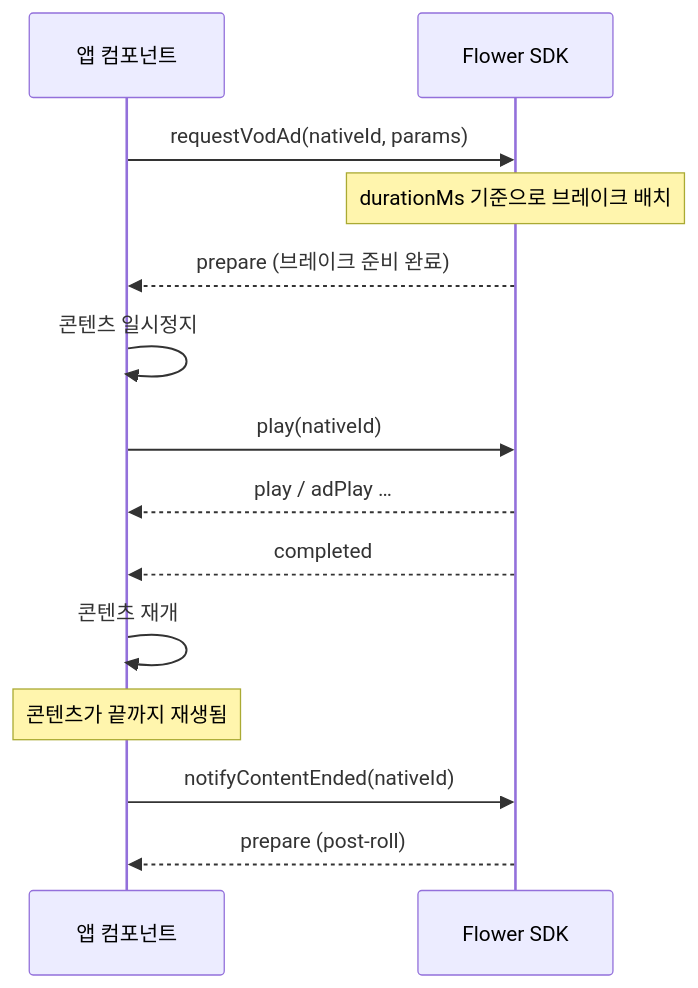
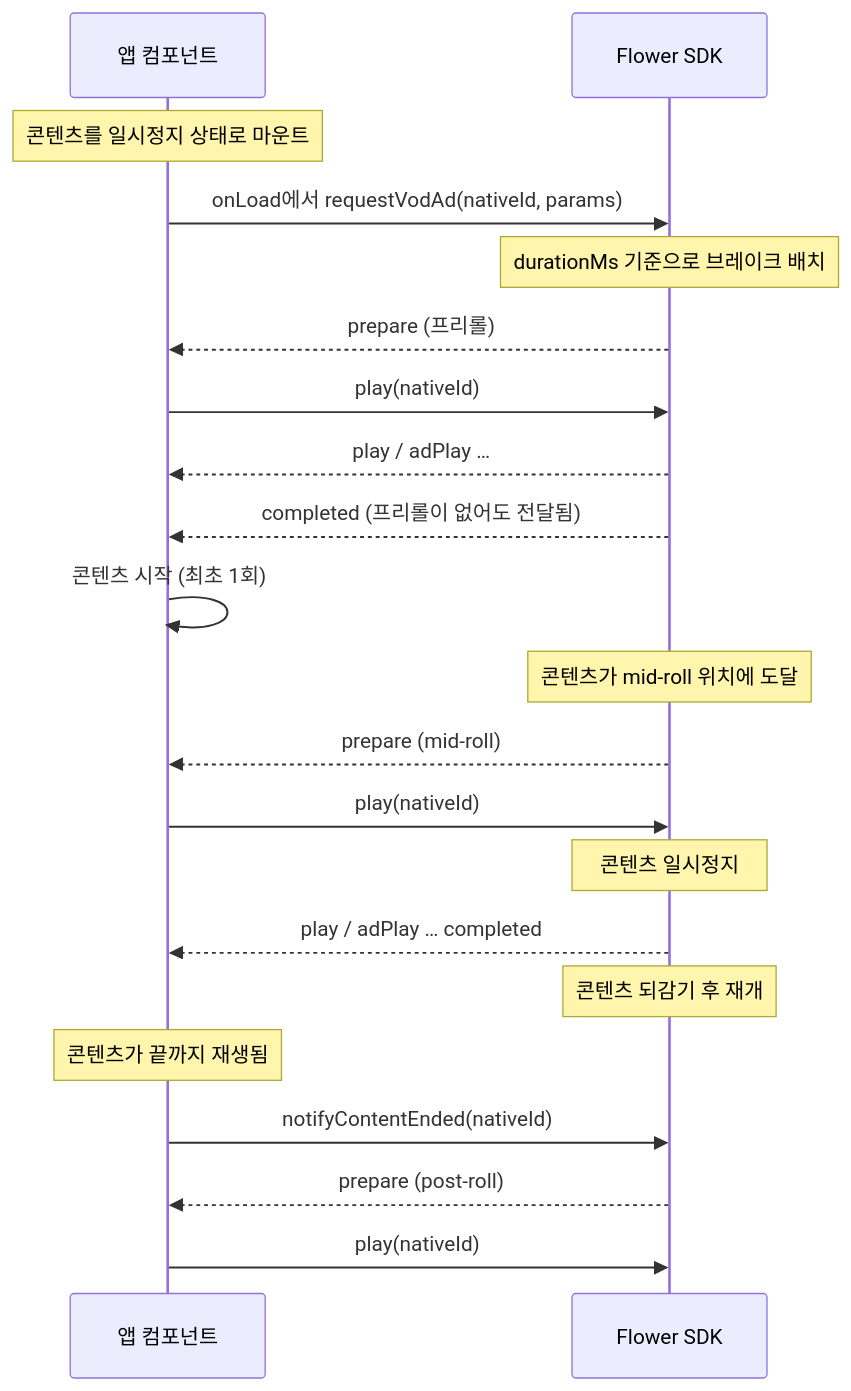
The diagram in i18n/ko/docusaurus-plugin-content-docs/current/react-native/ad-insertion/vod/vod-ad-implementation.md (anypointmedia/flower-integration-guide), drawn with Mermaid before and after one commit. The commit also changed other lines of this file and 230 other files, not shown here.

````diff
--- a/i18n/ko/docusaurus-plugin-content-docs/current/react-native/ad-insertion/vod/vod-ad-implementation.md
+++ b/i18n/ko/docusaurus-plugin-content-docs/current/react-native/ad-insertion/vod/vod-ad-implementation.md
@@ -13,17 +17,24 @@
 ```mermaid
 sequenceDiagram
     participant App as 앱 컴포넌트
     participant SDK as Flower SDK
 
-    App->>SDK: requestVodAd(nativeId, params)
+    Note over App: 콘텐츠를 일시정지 상태로 마운트
+    App->>SDK: onLoad에서 requestVodAd(nativeId, params)
     Note over SDK: durationMs 기준으로 브레이크 배치
-    SDK-->>App: prepare (브레이크 준비 완료)
-    App->>App: 콘텐츠 일시정지
+    SDK-->>App: prepare (프리롤)
     App->>SDK: play(nativeId)
     SDK-->>App: play / adPlay …
-    SDK-->>App: completed
-    App->>App: 콘텐츠 재개
+    SDK-->>App: completed (프리롤이 없어도 전달됨)
+    App->>App: 콘텐츠 시작 (최초 1회)
+    Note over SDK: 콘텐츠가 mid-roll 위치에 도달
+    SDK-->>App: prepare (mid-roll)
+    App->>SDK: play(nativeId)
+    Note over SDK: 콘텐츠 일시정지
+    SDK-->>App: play / adPlay … completed
+    Note over SDK: 콘텐츠 되감기 후 재개
     Note over App: 콘텐츠가 끝까지 재생됨
     App->>SDK: notifyContentEnded(nativeId)
     SDK-->>App: prepare (post-roll)
+    App->>SDK: play(nativeId)
 ```
````
